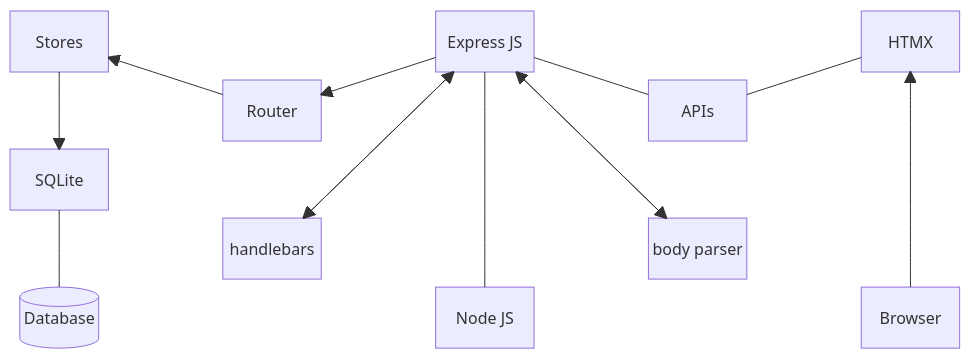
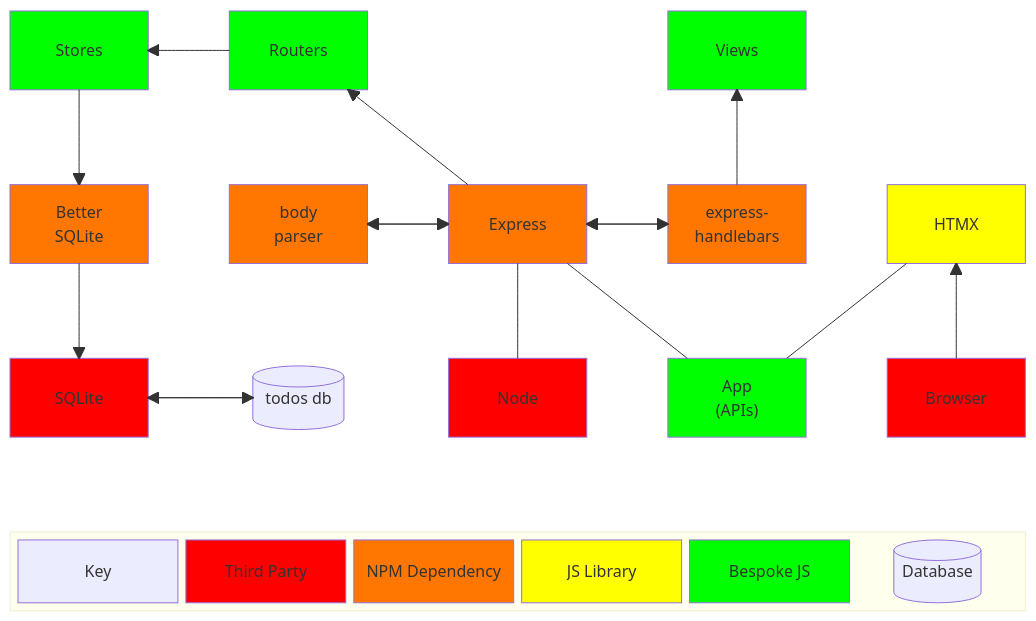
The diagram in README.md (TracyGJG/htmx-sqlite-todo), drawn with Mermaid before and after one commit. The commit also changed 1 other file, not shown here.

Commit message:
Revised diagram

````diff
--- a/README.md
+++ b/README.md
@@ -33,36 +33,57 @@
 ```mermaid
 block-beta
-    columns 9
+columns 14
 
-    St["Stores"]
+    St["Stores"]:2
+    space
+    R["Routers"]:2
+    space:4
+    V["Views"]:2
     space:3
-    Ex["Express JS"]
-    space:3
-    H["HTMX"]
 
-    space:2
-    R["Router"]
-    space:3
-    A["APIs"]
-    space:2
+    space:14
 
-    Sq["SQLite"]
-    space:8
+    BS["Better
+    SQLite"]:2
+    space
+    BP["body
+    parser"]:2
+    space
+    Ex["Express"]:2
+    space
+    Hbs["express-
+    handlebars"]:2
+    space
+    H["HTMX"]:2
 
-    space:2
-    Hbs["handlebars"]
-    space:3
-    BP["body parser"]
-    space:2
+    space:14
 
-    db[("Database")]
-    space:3
-    N["Node JS"]
-    space:3
-    B["Browser"]
+    Sq["SQLite"]:2
+    space
+    db[("&nbsp;&nbsp;todos db&nbsp;&nbsp;")]:2
+    space
+    N["Node"]:2
+    space
+    A["App
+    (APIs)"]:2
+    space
+    B["Browser"]:2
 
-    Sq --- db
-    St --> Sq
+    space:14
+
+    block:key:14
+        0["Key"]
+        1["Third Party"]
+        2["NPM Dependency"]
+        3["JS Library"]
+        4["Bespoke JS"]
+        5[("&nbsp;Database&nbsp;")]
+    end
+
+    Sq --> db
+    db --> Sq
+    St --> BS
+    BS -->Sq
     Ex --> R
     R --> St
     Hbs --> Ex
@@ -73,4 +94,22 @@
     H --- A
     A --- Ex
     B --> H
+    Hbs --> V
+
+    style 1 fill:#f00,color:#fff
+    style N fill:#f00,color:#fff
+    style Sq fill:#f00,color:#fff
+    style B fill:#f00,color:#fff
+    style 2 fill:#f70,color:#fff
+    style BS fill:#f70,color:#fff
+    style BP fill:#f70,color:#fff
+    style Hbs fill:#f70,color:#fff
+    style Ex fill:#f70,color:#fff
+    style 3 fill:#ff0
+    style H fill:#ff0
+    style 4 fill:#0f0
+    style St fill:#0f0
+    style R fill:#0f0
+    style V fill:#0f0
+    style A fill:#0f0
 ```
````
